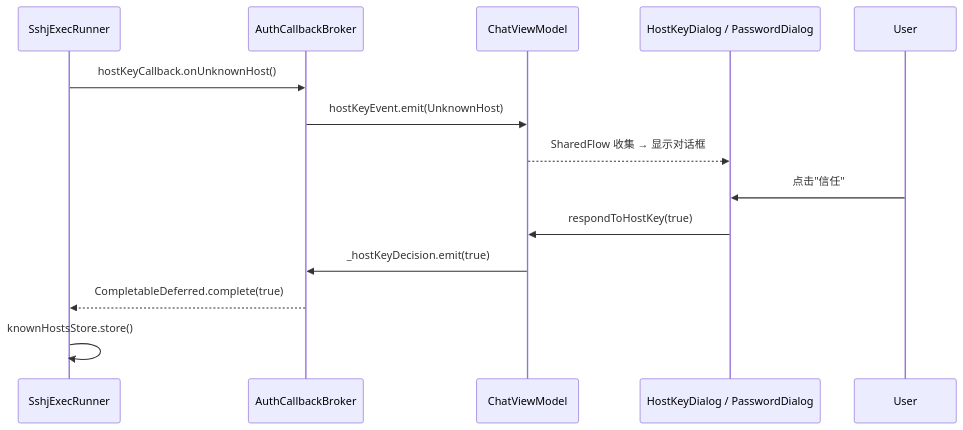
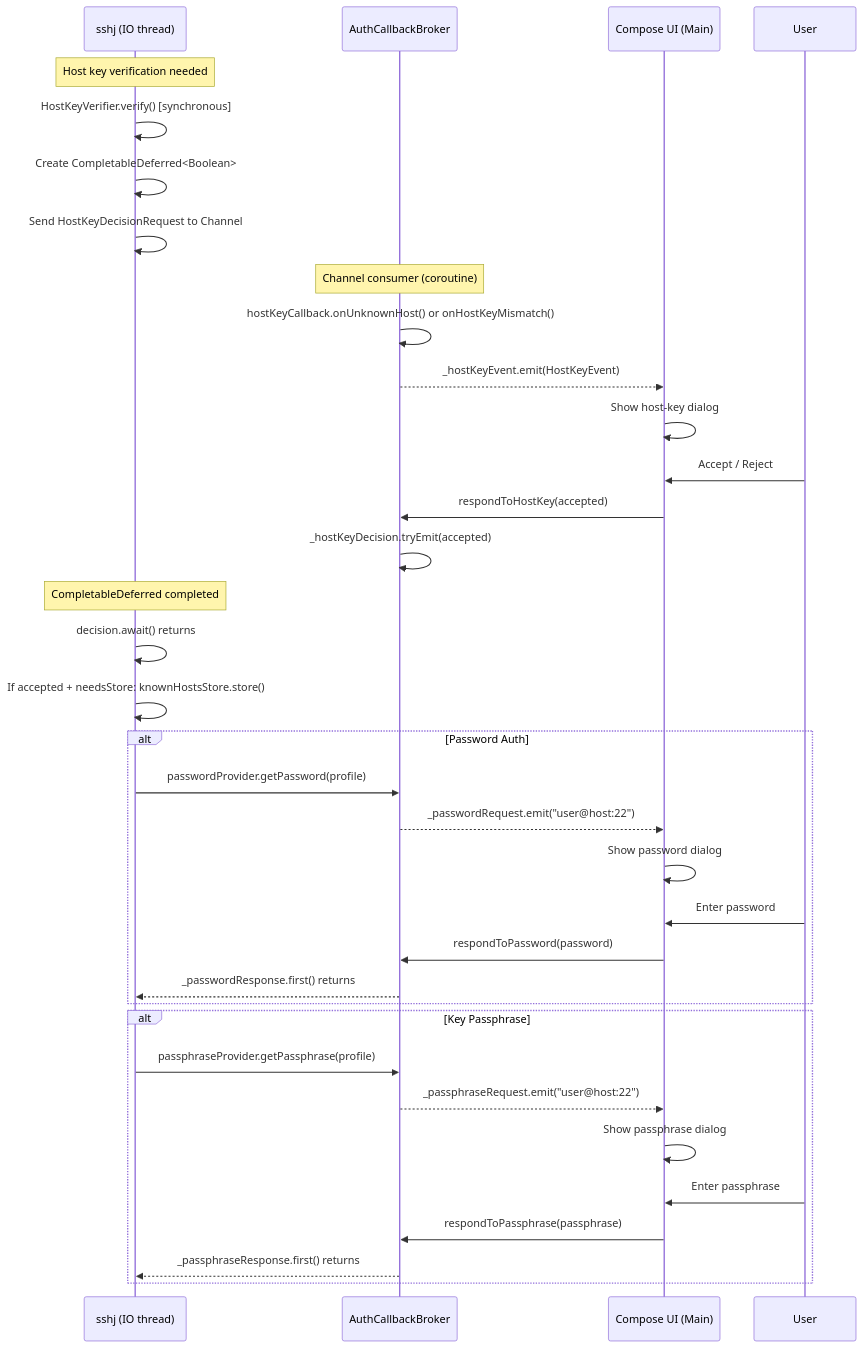
The fifth of 6 diagrams in docs/architecture.md (DeliciousBuding/RikkaAgent), drawn with Mermaid before and after one commit. The commit also changed other lines of this file and 18 other files, not shown here.

First line of the commit message:
feat(opus-spec): deep architecture review + security spec + testing spec + PRD

````diff
--- a/docs/architecture.md
+++ b/docs/architecture.md
@@ -153,16 +396,43 @@
 ```mermaid
 sequenceDiagram
-    participant Runner as SshjExecRunner
-    participant Broker as AuthCallbackBroker
-    participant VM as ChatViewModel
-    participant UI as HostKeyDialog / PasswordDialog
+    participant SSH as sshj (IO thread)
+    participant ABB as AuthCallbackBroker
+    participant UI as Compose UI (Main)
+    participant User
 
-    Runner->>Broker: hostKeyCallback.onUnknownHost()
-    Broker->>VM: hostKeyEvent.emit(UnknownHost)
-    VM-->>UI: SharedFlow 收集 → 显示对话框
-    User->>UI: 点击"信任"
-    UI->>VM: respondToHostKey(true)
-    VM->>Broker: _hostKeyDecision.emit(true)
-    Broker-->>Runner: CompletableDeferred.complete(true)
-    Runner->>Runner: knownHostsStore.store()
+    Note over SSH: Host key verification needed
+
+    SSH->>SSH: HostKeyVerifier.verify() [synchronous]
+    SSH->>SSH: Create CompletableDeferred<Boolean>
+    SSH->>SSH: Send HostKeyDecisionRequest to Channel
+
+    Note over ABB: Channel consumer (coroutine)
+    ABB->>ABB: hostKeyCallback.onUnknownHost() or onHostKeyMismatch()
+    ABB-->>UI: _hostKeyEvent.emit(HostKeyEvent)
+    UI->>UI: Show host-key dialog
+    User->>UI: Accept / Reject
+    UI->>ABB: respondToHostKey(accepted)
+    ABB->>ABB: _hostKeyDecision.tryEmit(accepted)
+
+    Note over SSH: CompletableDeferred completed
+    SSH->>SSH: decision.await() returns
+    SSH->>SSH: If accepted + needsStore: knownHostsStore.store()
+
+    alt Password Auth
+        SSH->>ABB: passwordProvider.getPassword(profile)
+        ABB-->>UI: _passwordRequest.emit("user@host:22")
+        UI->>UI: Show password dialog
+        User->>UI: Enter password
+        UI->>ABB: respondToPassword(password)
+        ABB-->>SSH: _passwordResponse.first() returns
+    end
+
+    alt Key Passphrase
+        SSH->>ABB: passphraseProvider.getPassphrase(profile)
+        ABB-->>UI: _passphraseRequest.emit("user@host:22")
+        UI->>UI: Show passphrase dialog
+        User->>UI: Enter passphrase
+        UI->>ABB: respondToPassphrase(passphrase)
+        ABB-->>SSH: _passphraseResponse.first() returns
+    end
 ```
````
